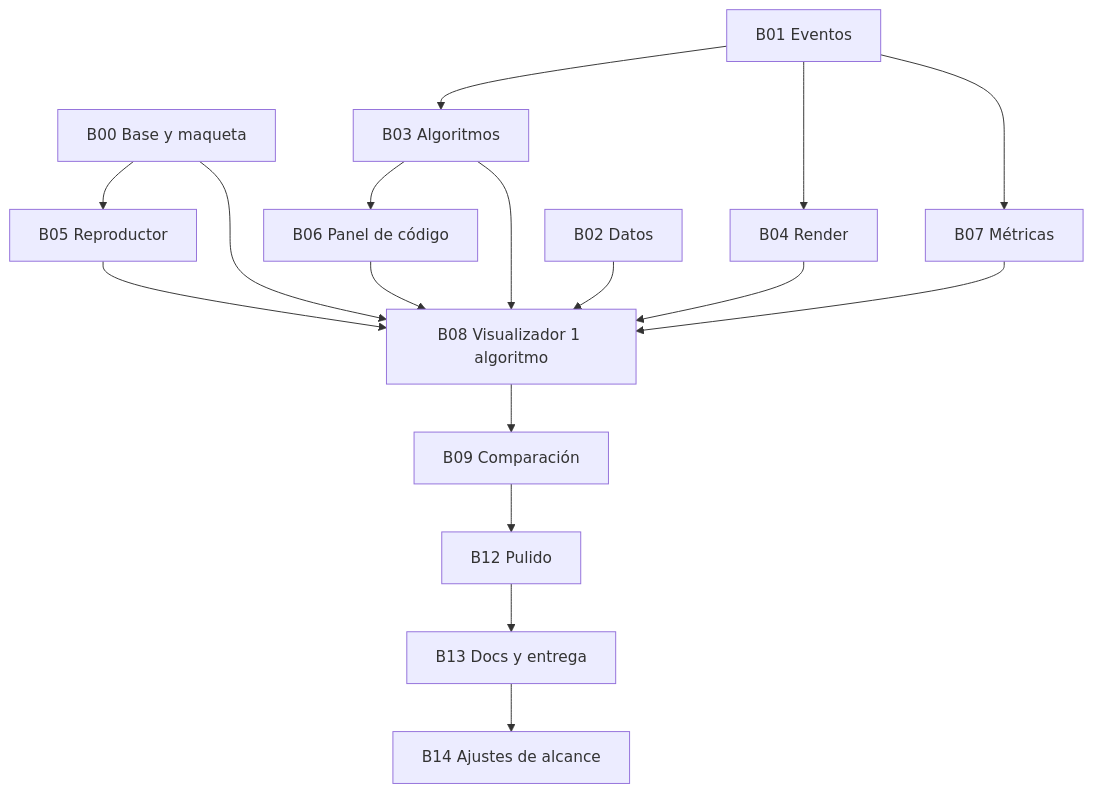
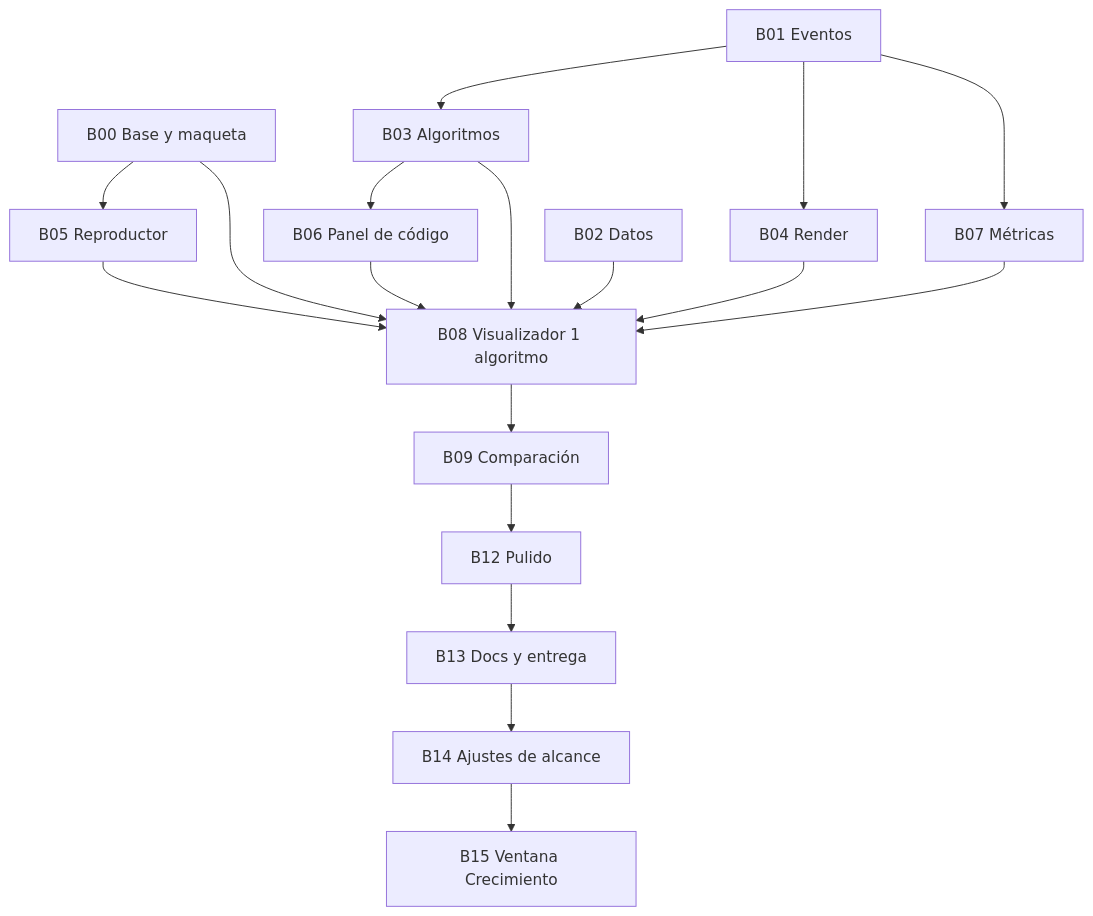
One commit to Souls-Nao/visualizador-ordenamientos changed the diagram in BLOQUES.md. Above: the diagram before and after it, drawn with Mermaid. The commit also changed other lines of this file and 2 other files, not shown here.

````diff
--- a/BLOQUES.md
+++ b/BLOQUES.md
@@ -70,20 +71,21 @@
 ```mermaid
 graph TD
   B00[B00 Base y maqueta]
   B01[B01 Eventos] --> B03[B03 Algoritmos]
   B01 --> B04[B04 Render]
   B01 --> B07[B07 Métricas]
   B03 --> B06[B06 Panel de código]
   B00 --> B05[B05 Reproductor]
   B02[B02 Datos] --> B08
   B03 --> B08[B08 Visualizador 1 algoritmo]
   B04 --> B08
   B05 --> B08
   B06 --> B08
   B07 --> B08
   B00 --> B08
   B08 --> B09[B09 Comparación]
   B09 --> B12[B12 Pulido]
   B12 --> B13[B13 Docs y entrega]
   B13 --> B14[B14 Ajustes de alcance]
+  B14 --> B15[B15 Ventana Crecimiento]
 ```
````
